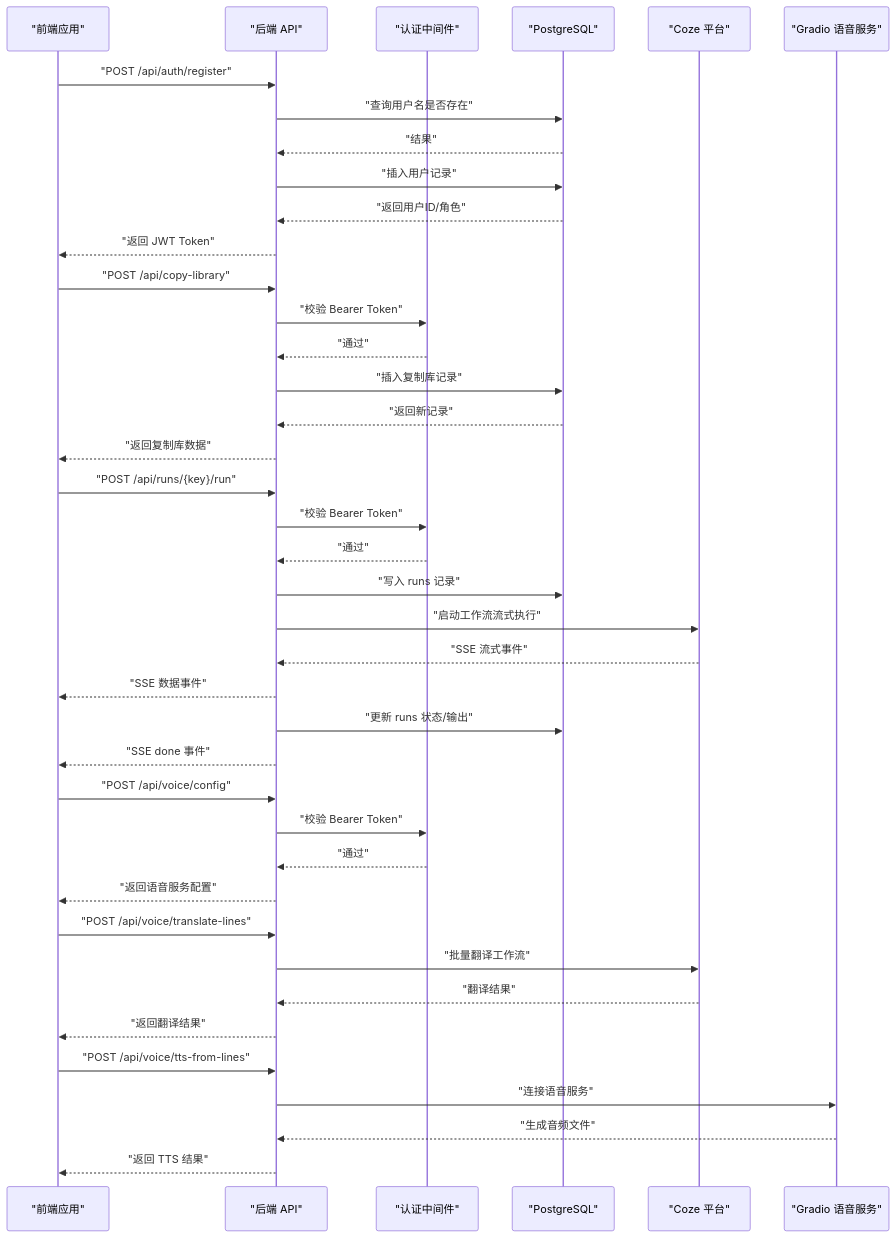
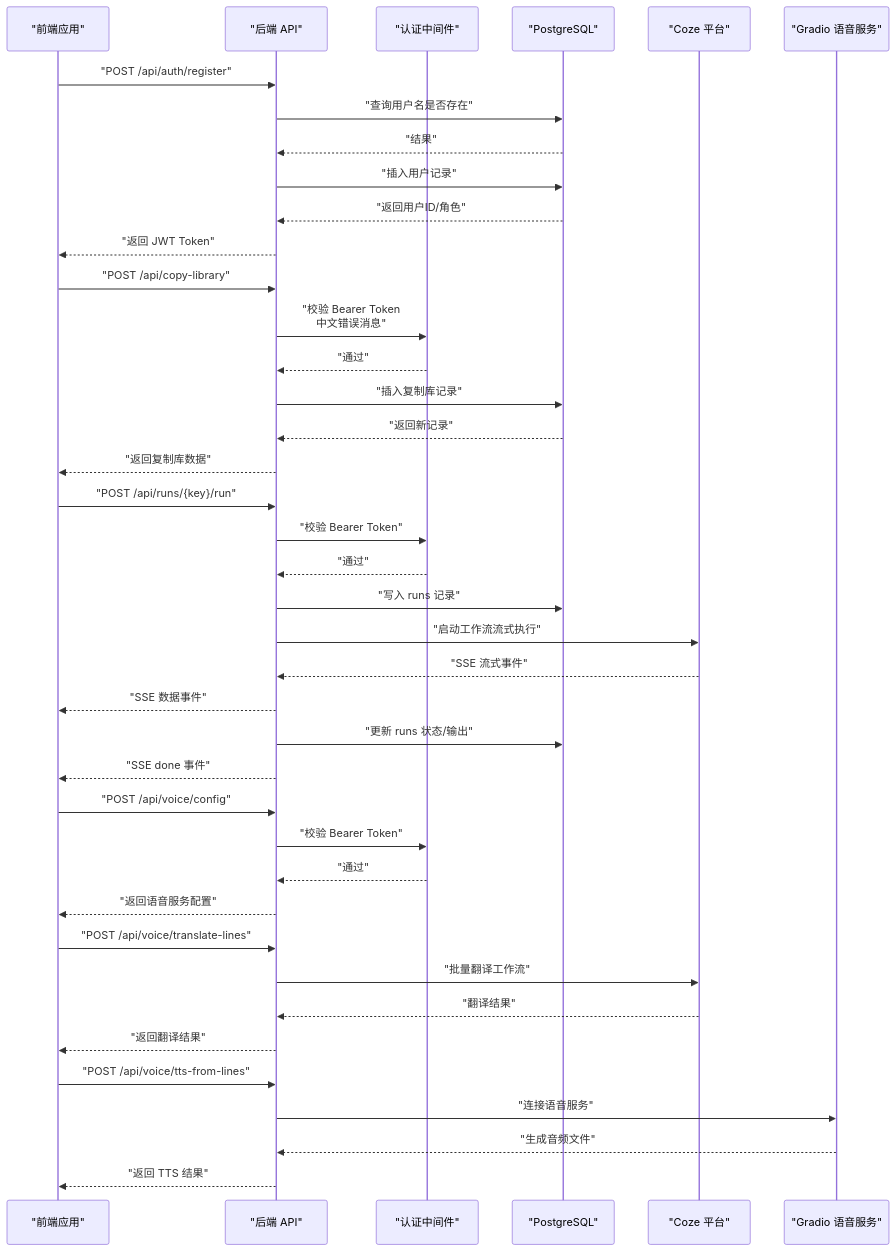
One commit to hanksd769-droid/sailshub changed the second of 9 diagrams in .qoder/repowiki/zh/content/API 接口文档/API 接口文档.md. Above: the diagram before and after it, drawn with Mermaid. The commit also changed other lines of this file and 4 other files, not shown here.

````diff
--- a/.qoder/repowiki/zh/content/API 接口文档/API 接口文档.md
+++ b/.qoder/repowiki/zh/content/API 接口文档/API 接口文档.md
@@ -150,42 +149,42 @@
 ```mermaid
 sequenceDiagram
 participant FE as "前端应用"
 participant API as "后端 API"
 participant AUTH as "认证中间件"
 participant DB as "PostgreSQL"
 participant COZE as "Coze 平台"
 participant GRADIO as "Gradio 语音服务"
 FE->>API : "POST /api/auth/register"
 API->>DB : "查询用户名是否存在"
 DB-->>API : "结果"
 API->>DB : "插入用户记录"
 DB-->>API : "返回用户ID/角色"
 API-->>FE : "返回 JWT Token"
 FE->>API : "POST /api/copy-library"
-API->>AUTH : "校验 Bearer Token"
+API->>AUTH : "校验 Bearer Token<br/>中文错误消息"
 AUTH-->>API : "通过"
 API->>DB : "插入复制库记录"
 DB-->>API : "返回新记录"
 API-->>FE : "返回复制库数据"
 FE->>API : "POST /api/runs/{key}/run"
 API->>AUTH : "校验 Bearer Token"
 AUTH-->>API : "通过"
 API->>DB : "写入 runs 记录"
 API->>COZE : "启动工作流流式执行"
 COZE-->>API : "SSE 流式事件"
 API-->>FE : "SSE 数据事件"
 API->>DB : "更新 runs 状态/输出"
 API-->>FE : "SSE done 事件"
 FE->>API : "POST /api/voice/config"
 API->>AUTH : "校验 Bearer Token"
 AUTH-->>API : "通过"
 API-->>FE : "返回语音服务配置"
 FE->>API : "POST /api/voice/translate-lines"
 API->>COZE : "批量翻译工作流"
 COZE-->>API : "翻译结果"
 API-->>FE : "返回翻译结果"
 FE->>API : "POST /api/voice/tts-from-lines"
 API->>GRADIO : "连接语音服务"
 GRADIO-->>API : "生成音频文件"
 API-->>FE : "返回 TTS 结果"
 ```
````
